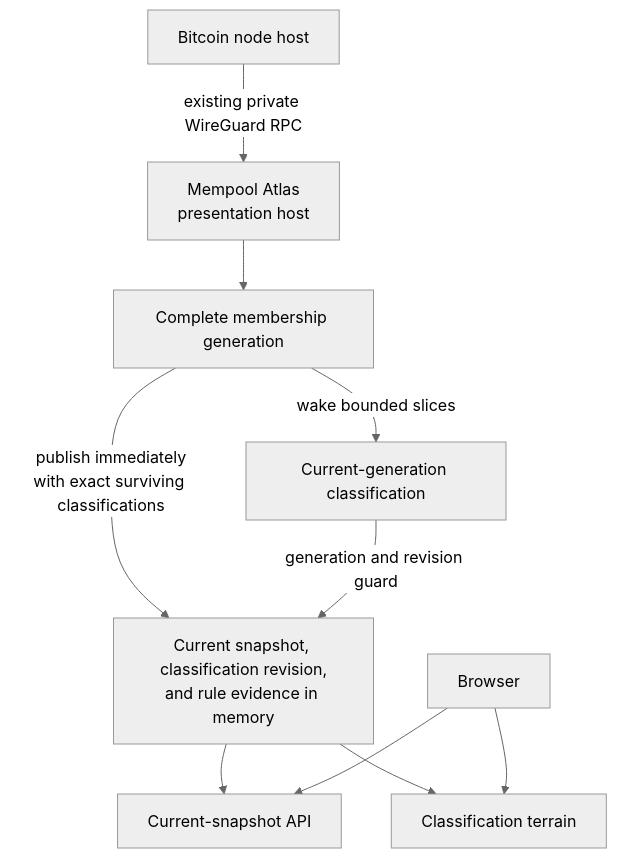
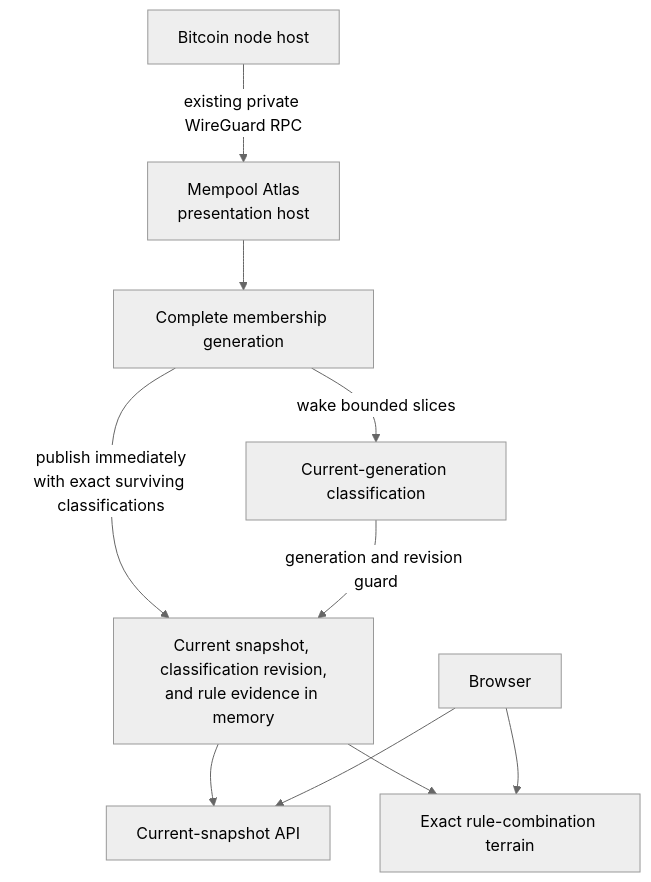
The diagram in README.md (deadmanoz/mempool-atlas), drawn with Mermaid (neutral theme) before and after one commit. The commit also changed other lines of this file and 10 other files, not shown here.

Commit message:
feat(web): show exact rule-combination buckets

````diff
--- a/README.md
+++ b/README.md
@@ -15,12 +15,12 @@
 ```mermaid
 flowchart TB
     node["Bitcoin node host"] -->|"existing private WireGuard RPC"| atlas["Mempool Atlas<br/>presentation host"]
     atlas --> membership["Complete membership generation"]
     membership -->|"publish immediately<br/>with exact surviving classifications"| current["Current snapshot, classification revision,<br/>and rule evidence in memory"]
     membership -->|"wake bounded slices"| policy["Current-generation classification"]
     policy -->|"generation and revision guard"| current
     current --> api["Current-snapshot API"]
-    current --> web["Classification terrain"]
+    current --> web["Exact rule-combination terrain"]
     browser["Browser"] --> web
     browser --> api
 ```
````
